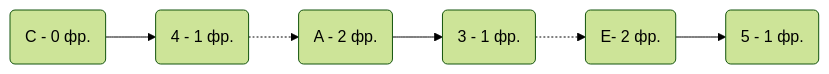
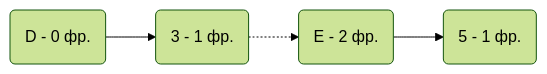
The fifth of 14 diagrams in task-8/Milty-task-8.md (hse-algo-24-crow/manual-tasks-crow), drawn with Mermaid (forest theme) before and after one commit. The commit also changed other lines of this file, not shown here.

````diff
--- a/task-8/Milty-task-8.md
+++ b/task-8/Milty-task-8.md
@@ -191,4 +204,4 @@
 ```mermaid
 graph LR
-    C(C - 0 фр.)  --> 4(4 - 1 фр.) -.-> A(A - 2 фр.) --> 3(3 - 1 фр.) -.-> E(E- 2 фр.) --> 5(5 - 1 фр.)
+    D(D - 0 фр.)  --> 3(3 - 1 фр.) -.-> E(E - 2 фр.) --> 5(5 - 1 фр.)
 ```
````
